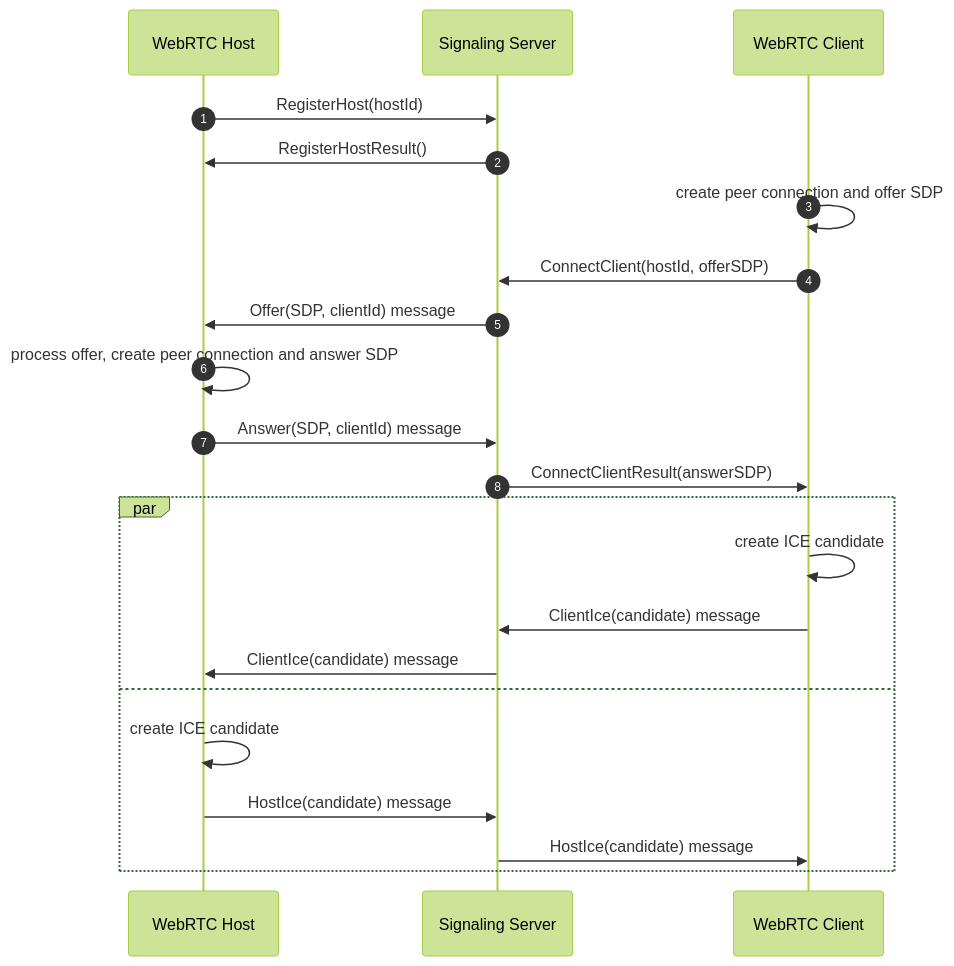
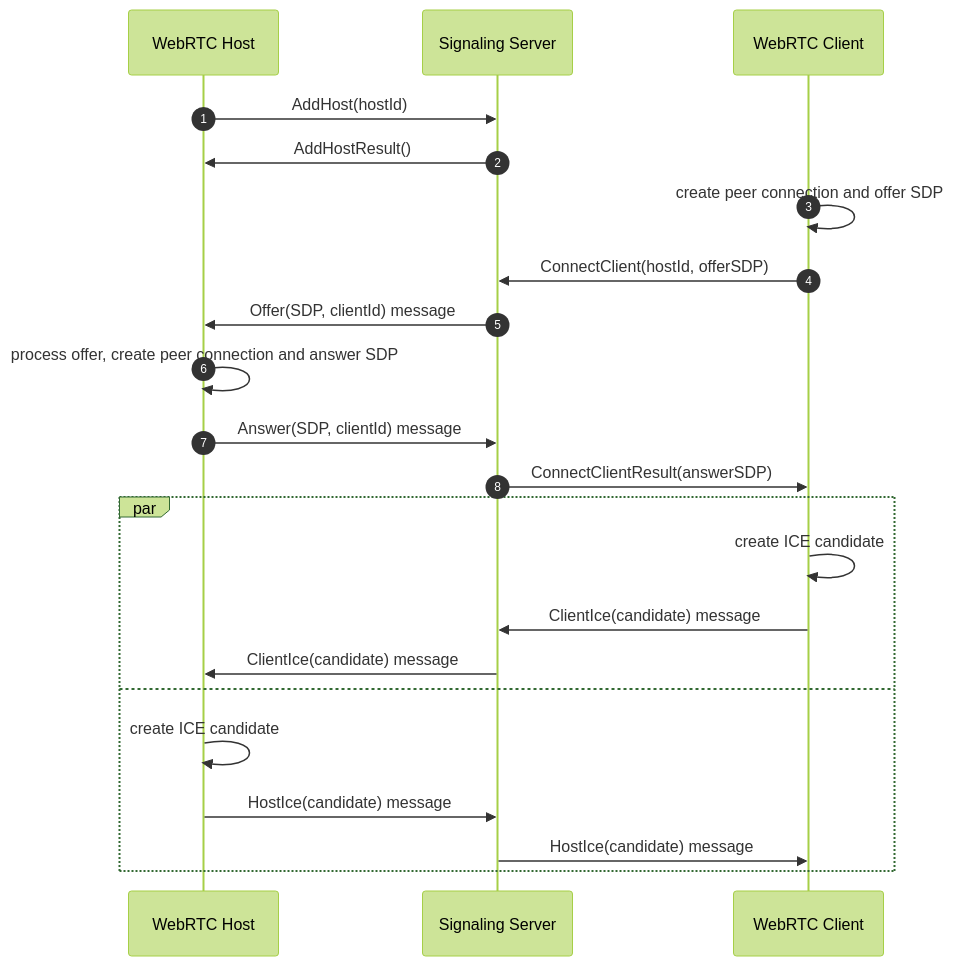
The diagram in Json/Fliox.Hub.WebRTC/README.md (friflo/Friflo.Json.Fliox), drawn with Mermaid (forest theme) before and after one commit. The commit also changed 3 other files, not shown here.

````diff
--- a/Json/Fliox.Hub.WebRTC/README.md
+++ b/Json/Fliox.Hub.WebRTC/README.md
@@ -23,27 +23,27 @@
 ``` mermaid
 sequenceDiagram
   autonumber
-    WebRTC Host      ->>    Signaling Server:   RegisterHost(hostId)
-    Signaling Server ->>    WebRTC Host:        RegisterHostResult()
+    WebRTC Host      ->>    Signaling Server:   AddHost(hostId)
+    Signaling Server ->>    WebRTC Host:        AddHostResult()
 
     WebRTC Client    ->>    WebRTC Client:      create peer connection and offer SDP
     WebRTC Client    ->>    Signaling Server:   ConnectClient(hostId, offerSDP)
 
     Signaling Server ->>    WebRTC Host:        Offer(SDP, clientId) message
     WebRTC Host      ->>    WebRTC Host:        process offer, create peer connection and answer SDP
     WebRTC Host      ->>    Signaling Server:   Answer(SDP, clientId) message
 
     Signaling Server ->>    WebRTC Client:      ConnectClientResult(answerSDP)
 
   autonumber off
   par
     WebRTC Client    ->>    WebRTC Client:      create ICE candidate
     WebRTC Client    ->>    Signaling Server:   ClientIce(candidate) message
     Signaling Server ->>    WebRTC Host:        ClientIce(candidate) message
   and
     WebRTC Host      ->>    WebRTC Host:        create ICE candidate
     WebRTC Host      ->>    Signaling Server:   HostIce(candidate) message
     Signaling Server ->>    WebRTC Client:      HostIce(candidate) message
   end
 
 ``` 
````
